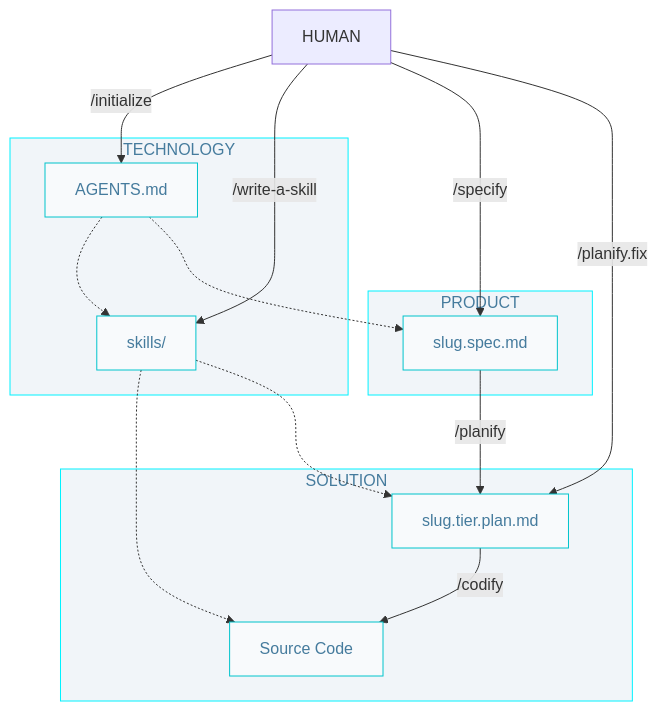
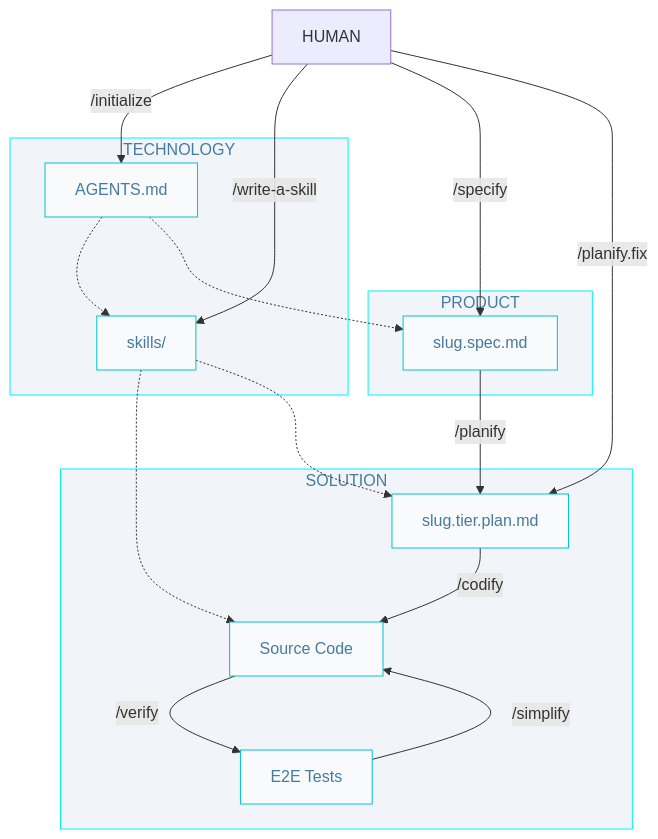
One commit to AlbertoBasaloLabs/programacion-inteligente changed the diagram in docs/4-0-0-verificar_y_mejorar/demo/4-sdd.diagram.md. Above: the diagram before and after it, drawn with Mermaid. The commit also changed other lines of this file and 5 other files, not shown here.

Commit message:
feat: add clean code best practices and Playwright test writing guidelines feat: implement verify and simplify skills with detailed steps and context refactor: enhance codify documentation for clarity and completeness

````diff
--- a/docs/4-0-0-verificar_y_mejorar/demo/4-sdd.diagram.md
+++ b/docs/4-0-0-verificar_y_mejorar/demo/4-sdd.diagram.md
@@ -5,34 +4,37 @@
 ```mermaid
 flowchart TD
   classDef nd fill:#f8fafc,stroke:#00c4cc,color:#457b9d
   classDef sg fill:#f1f5f9,stroke:#00f2ff,color:#457b9d 
 
   HUM[HUMAN]
 
   subgraph P["PRODUCT"]
       SPC["slug.spec.md"]:::nd
   end
 
   subgraph T["TECHNOLOGY"]
       AGT["AGENTS.md"]:::nd
       SKL["skills/"]:::nd
   end  
 
   subgraph S["SOLUTION"]
       PLN["slug.tier.plan.md"]:::nd
       COD[Source Code]:::nd
+      E2E["E2E Tests"]:::nd
   end
 
   HUM -->|/initialize| AGT
   HUM -->|/write-a-skill| SKL
   HUM -->|/specify| SPC
   HUM -->|/planify.fix| PLN
   AGT -.-> SKL
   AGT -.-> SPC
   SKL -.-> COD  
   SKL -.-> PLN
   SPC -->|/planify| PLN
   PLN -->|/codify| COD
+  COD -->|/verify| E2E
+  E2E -->|/simplify| COD
 
   class P,T,S sg
 ```
````
